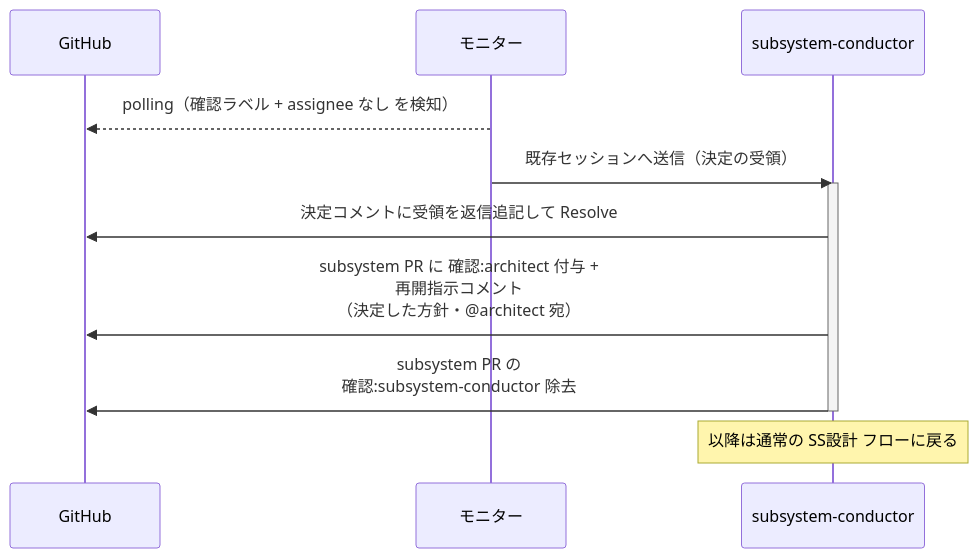
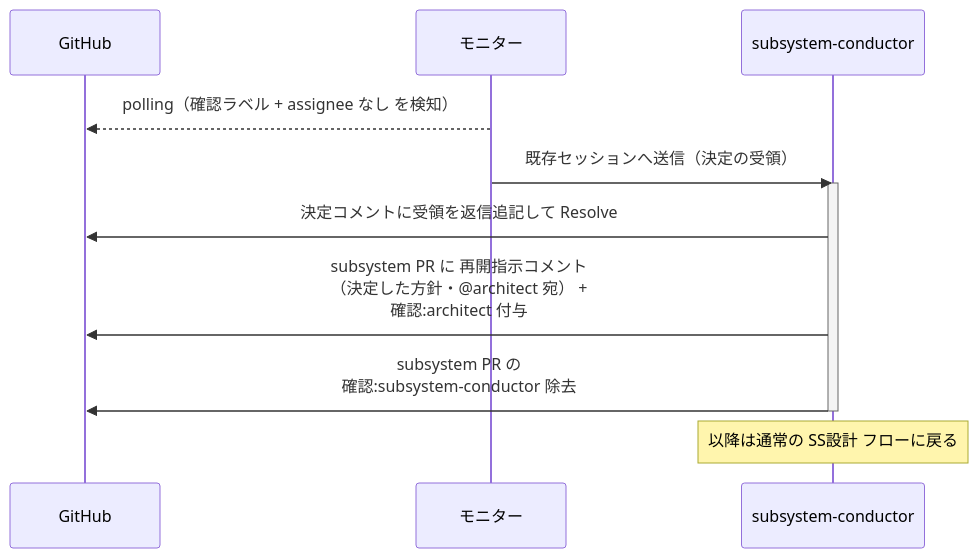
One commit to shuhei1101/ai-monitor changed the sixth of 6 diagrams in docs/wiki/設計図/シナリオ/単一ユースケース/エスカレーション対応.md. Above: the diagram before and after it, drawn with Mermaid. The commit also changed other lines of this file and 29 other files, not shown here.

````diff
--- a/docs/wiki/設計図/シナリオ/単一ユースケース/エスカレーション対応.md
+++ b/docs/wiki/設計図/シナリオ/単一ユースケース/エスカレーション対応.md
@@ -213,15 +213,15 @@
 ```mermaid
 sequenceDiagram
   participant GH as GitHub
   participant ORC as モニター
   participant MON as subsystem-conductor
 
   ORC-->>GH: polling（確認ラベル + assignee なし を検知）
   ORC->>MON: 既存セッションへ送信（決定の受領）
   activate MON
   MON->>GH: 決定コメントに受領を返信追記して Resolve
-  MON->>GH: subsystem PR に 確認:architect 付与 +<br>再開指示コメント<br>（決定した方針・@architect 宛）
+  MON->>GH: subsystem PR に 再開指示コメント<br>（決定した方針・@architect 宛） +<br>確認:architect 付与
   MON->>GH: subsystem PR の<br>確認:subsystem-conductor 除去
   deactivate MON
   Note over MON: 以降は通常の SS設計 フローに戻る
 ```
````
